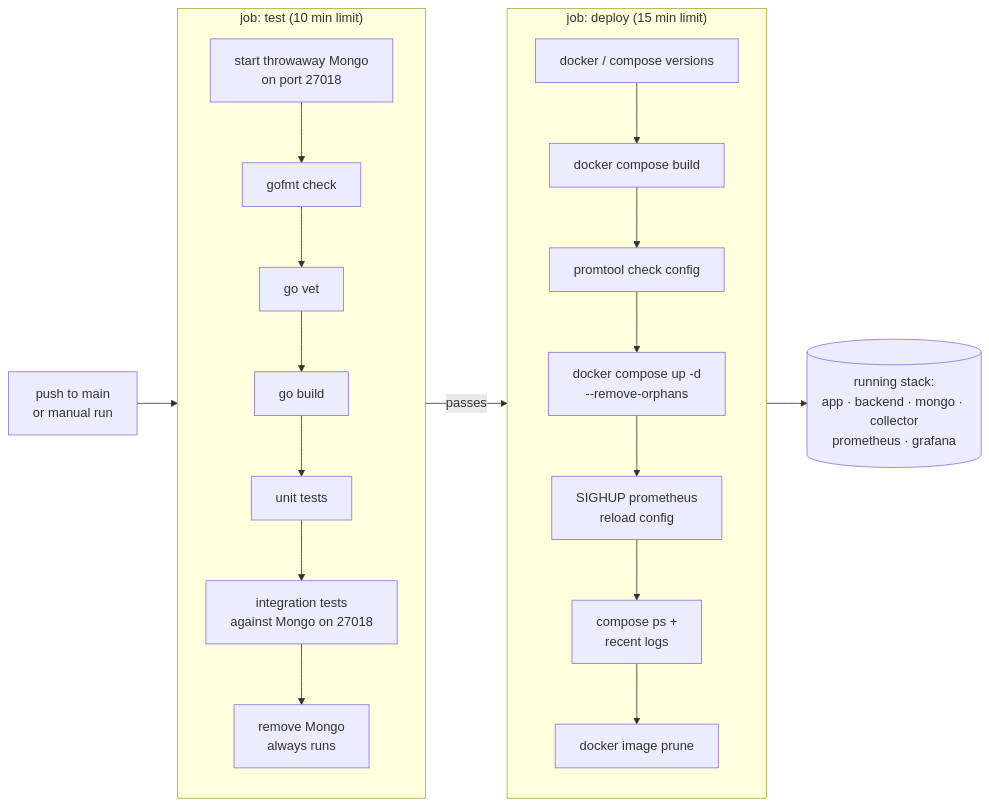
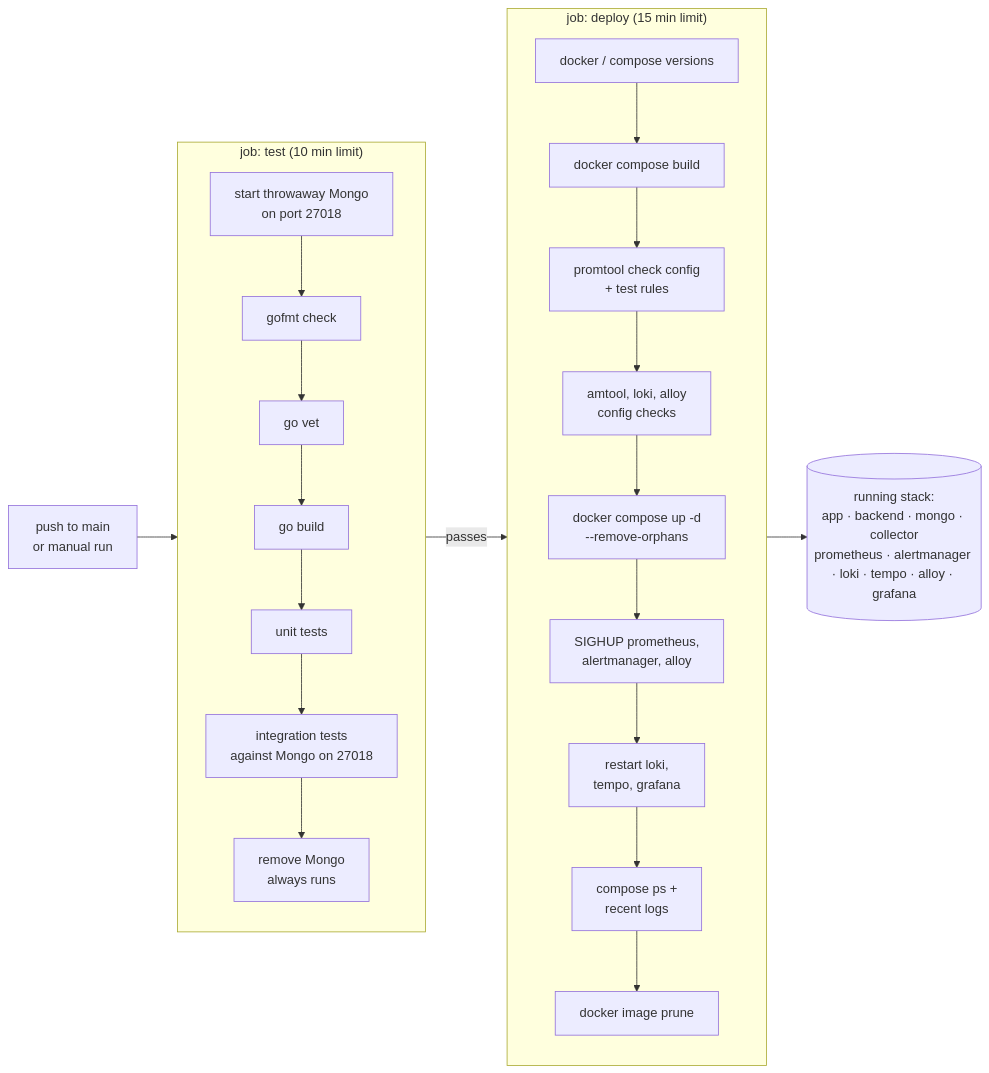
The diagram in devops/README.md (fmolinar/arium), drawn with Mermaid before and after one commit. The commit also changed other lines of this file and 30 other files, not shown here.

````diff
--- a/devops/README.md
+++ b/devops/README.md
@@ -30,19 +30,19 @@
 ```mermaid
 flowchart LR
     push["push to main<br/>or manual run"] --> test
 
     subgraph test ["job: test (10 min limit)"]
         direction TB
         mongo["start throwaway Mongo<br/>on port 27018"] --> fmt["gofmt check"] --> vet["go vet"] --> build["go build"] --> unit["unit tests"] --> integ["integration tests<br/>against Mongo on 27018"]
         integ --> stop["remove Mongo<br/>always runs"]
     end
 
     test -- "passes" --> deploy
 
     subgraph deploy ["job: deploy (15 min limit)"]
         direction TB
-        verify["docker / compose versions"] --> images["docker compose build"] --> promtool["promtool check config"] --> up["docker compose up -d<br/>--remove-orphans"] --> reload["SIGHUP prometheus<br/>reload config"] --> status["compose ps +<br/>recent logs"] --> prune["docker image prune"]
+        verify["docker / compose versions"] --> images["docker compose build"] --> promtool["promtool check config<br/>+ test rules"] --> checks["amtool, loki, alloy<br/>config checks"] --> up["docker compose up -d<br/>--remove-orphans"] --> reload["SIGHUP prometheus,<br/>alertmanager, alloy"] --> restart["restart loki,<br/>tempo, grafana"] --> status["compose ps +<br/>recent logs"] --> prune["docker image prune"]
     end
 
-    deploy --> stack[("running stack:<br/>app · backend · mongo · collector<br/>prometheus · grafana")]
+    deploy --> stack[("running stack:<br/>app · backend · mongo · collector<br/>prometheus · alertmanager · loki · tempo · alloy · grafana")]
 ```
````
